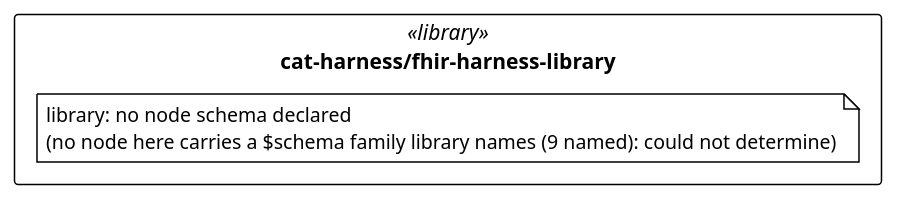
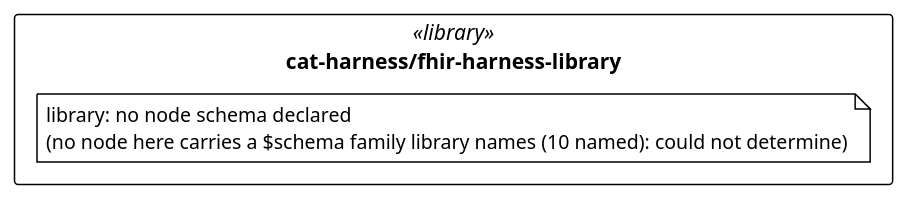
The diagram in cat-harness/uml/overview/cat-harness/fhir-harness-library.puml (litlfred/folio-assistant), drawn with PlantUML before and after one commit. The commit also changed 137 other files, not shown here.

```diff
--- a/cat-harness/uml/overview/cat-harness/fhir-harness-library.puml
+++ b/cat-harness/uml/overview/cat-harness/fhir-harness-library.puml
@@ -3,13 +3,13 @@
 @startuml cat_harness_fhir_harness_library
 !pragma layout elk
 !theme plain
 skinparam classAttributeIconSize 0
 skinparam shadowing false
 skinparam packageStyle rectangle
 hide empty methods
 
 package "cat-harness/fhir-harness-library" as pkg_cat_harness_fhir_harness_library <<library>> {
-  note "library: no node schema declared\n(no node here carries a $schema family library names (9 named): could not determine)" as n_cat_harness_fhir_harness_library_library
+  note "library: no node schema declared\n(no node here carries a $schema family library names (10 named): could not determine)" as n_cat_harness_fhir_harness_library_library
 }
 
 @enduml
```
